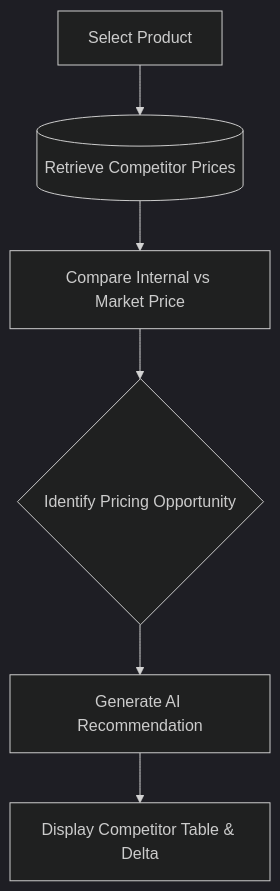
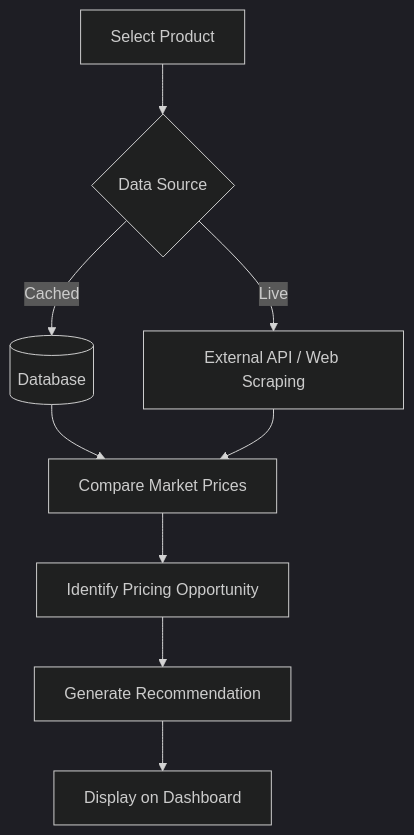
One commit to KMohammedsadiq/Dynamic-Pricing-Optimization-and-Revenue-Intelligence-Platform-K_Mohammad_Sadik changed the sixth of 10 diagrams in docs/04_Workflow_Planning.md. Above: the diagram before and after it, drawn with Mermaid (dark theme). The commit also changed other lines of this file, not shown here.

````diff
--- a/docs/04_Workflow_Planning.md
+++ b/docs/04_Workflow_Planning.md
@@ -118,8 +155,10 @@
 ```mermaid
 flowchart TD
-    A[Select Product] --> B[(Retrieve Competitor Prices)]
-    B --> C[Compare Internal vs Market Price]
-    C --> D{Identify Pricing Opportunity}
-    D --> E[Generate AI Recommendation]
-    E --> F[Display Competitor Table & Delta]
+    A[Select Product] --> B{Data Source}
+    B -->|Cached| C[(Database)]
+    B -->|Live| D[External API / Web Scraping]
+    C & D --> E[Compare Market Prices]
+    E --> F[Identify Pricing Opportunity]
+    F --> G[Generate Recommendation]
+    G --> H[Display on Dashboard]
 ```
````
